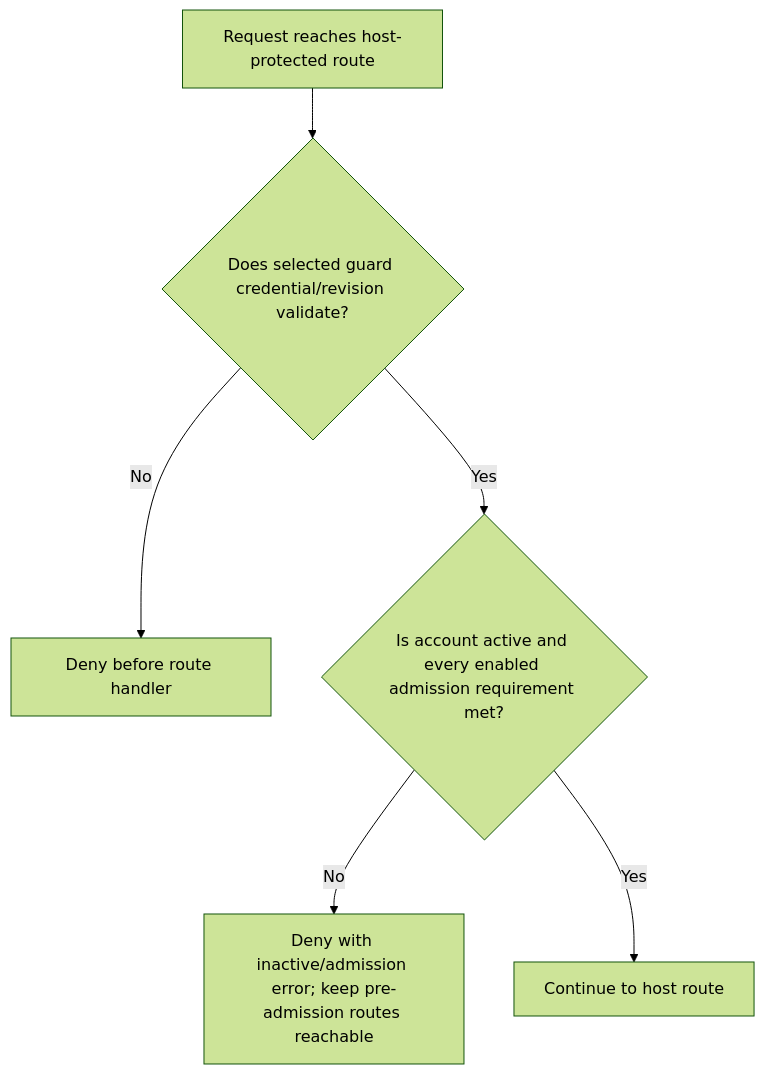
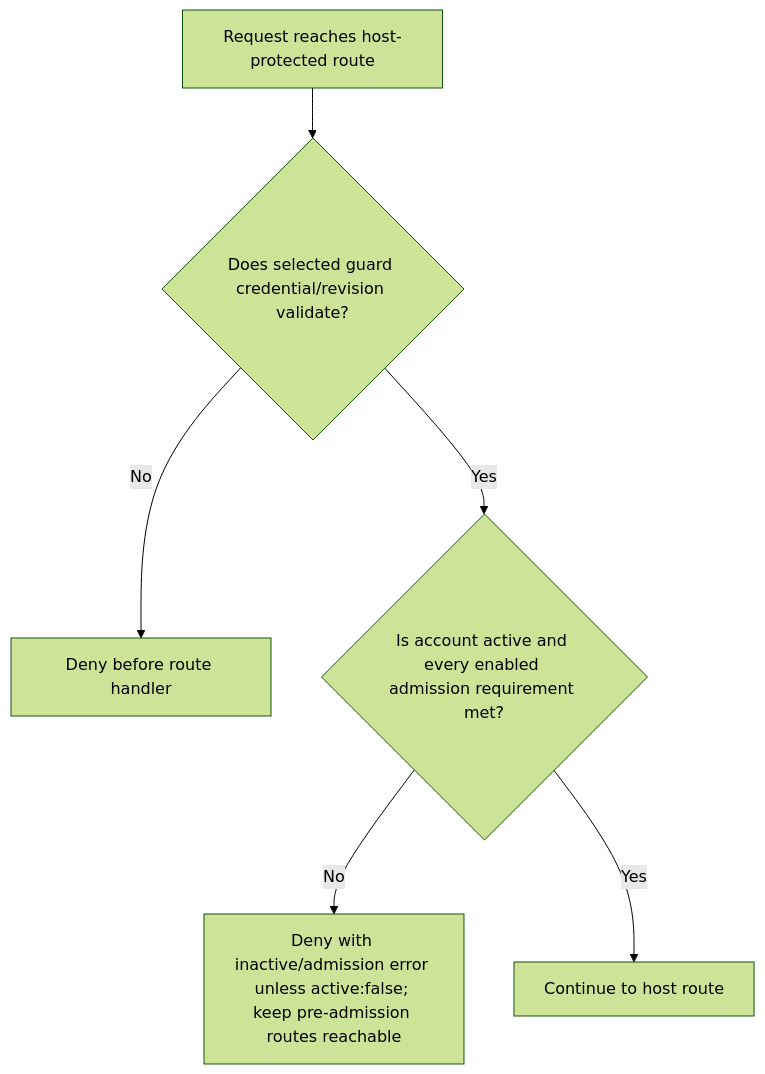
Before and after one commit to Kevinjohn/oss-adonisjs-account-kit: the first of 2 diagrams in user-stories/US-ACCOUNT-25-gate-application-route.md, drawn with Mermaid (forest theme). The commit also changed other lines of this file and 7 other files, not shown here.

````diff
--- a/user-stories/US-ACCOUNT-25-gate-application-route.md
+++ b/user-stories/US-ACCOUNT-25-gate-application-route.md
@@ -18,8 +18,8 @@
 ```mermaid
 flowchart TD
  A["Request reaches host-protected route"] --> B{"Does selected guard credential/revision validate?"}
  B -->|No| C["Deny before route handler"]
  B -->|Yes| D{"Is account active and every enabled admission requirement met?"}
- D -->|No| E["Deny with inactive/admission error; keep pre-admission routes reachable"]
+ D -->|No| E["Deny with inactive/admission error unless active:false; keep pre-admission routes reachable"]
  D -->|Yes| F["Continue to host route"]
 ```
````
